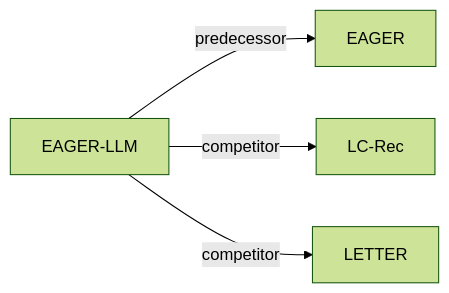
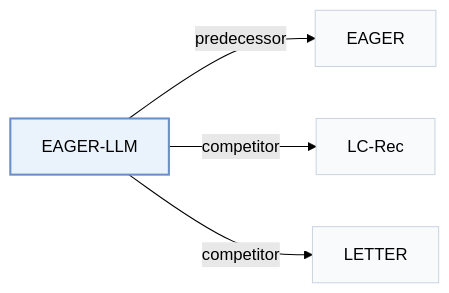
One commit to Galaxy-ghost/Awesome-SID-Generative-Rec changed the second of 2 diagrams in pages/papers/eager-llm.md. Above: the diagram before and after it, drawn with Mermaid (forest theme). The commit also changed other lines of this file and 649 other files, not shown here.

Commit message:
writer-05: also tags and modality index (schema, check, build, visuals); summary field removed; calibration data for 12 papers

````diff
--- a/pages/papers/eager-llm.md
+++ b/pages/papers/eager-llm.md
@@ -67,7 +74,11 @@
 ```mermaid
 flowchart LR
     P["EAGER-LLM"]
-    P -->|predecessor| A["EAGER"]
-    P -->|competitor| B["LC-Rec"]
-    P -->|competitor| C["LETTER"]
+    P -->|"predecessor"| A["EAGER"]
+    P -->|"competitor"| B["LC-Rec"]
+    P -->|"competitor"| C["LETTER"]
+    classDef main fill:#eaf2fb,stroke:#6b8fc7,stroke-width:2px
+    classDef peer fill:#f8fafc,stroke:#cbd5e1
+    class P main
+    class A,B,C peer
 ```
````
